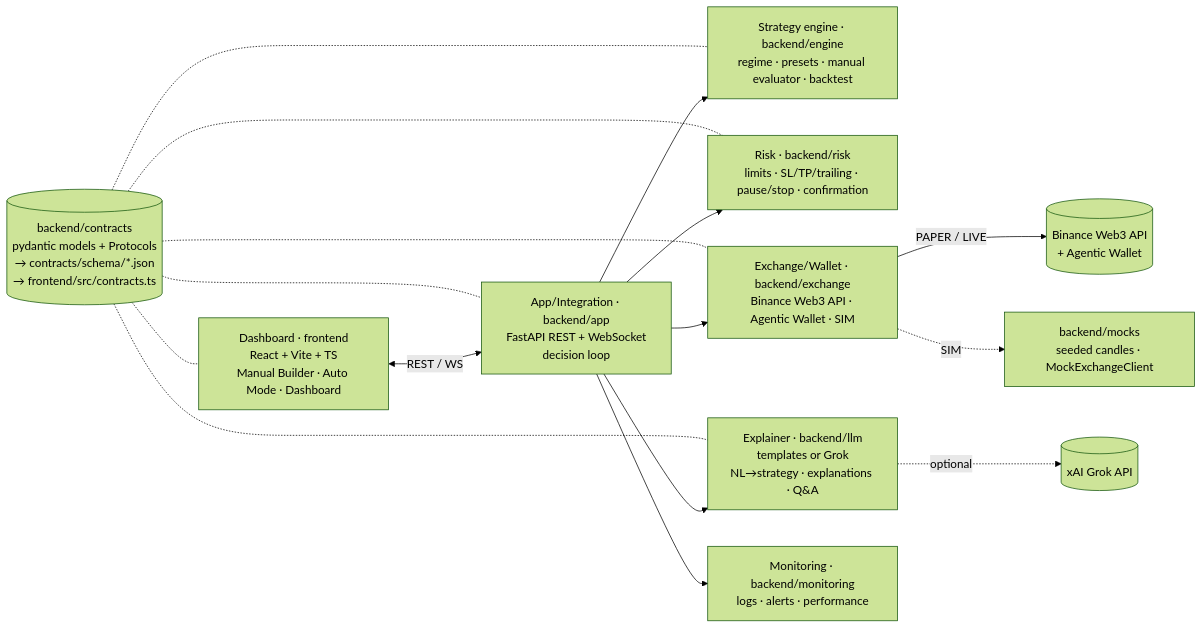
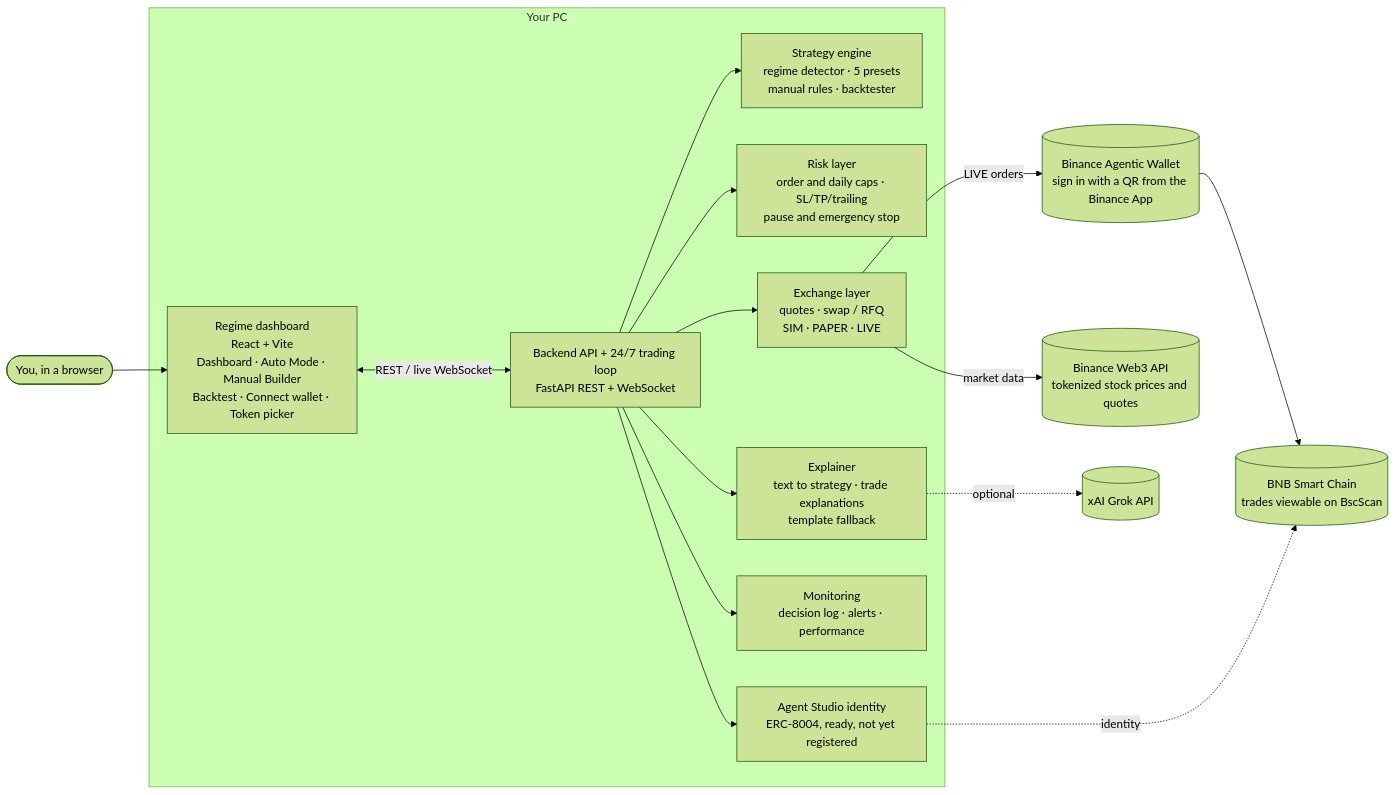
Before and after one commit to rishu4436/regime: the diagram in README.md, drawn with Mermaid (forest theme). The commit also changed other lines of this file, not shown here.

Commit message:
docs: README architecture diagram from the dashboard team (Agent Studio identity: ready, not yet registered) + loop paragraph; gallery captions

````diff
--- a/README.md
+++ b/README.md
@@ -135,25 +134,30 @@
 ```mermaid
 flowchart LR
-    UI["Dashboard · frontend<br/>React + Vite + TS<br/>Manual Builder · Auto Mode · Dashboard"]
-    APP["App/Integration · backend/app<br/>FastAPI REST + WebSocket<br/>decision loop"]
-    ENG["Strategy engine · backend/engine<br/>regime · presets · manual evaluator · backtest"]
-    RISK["Risk · backend/risk<br/>limits · SL/TP/trailing · pause/stop · confirmation"]
-    EX["Exchange/Wallet · backend/exchange<br/>Binance Web3 API · Agentic Wallet · SIM"]
-    LLM["Explainer · backend/llm<br/>templates or Grok<br/>NL→strategy · explanations · Q&A"]
-    MON["Monitoring · backend/monitoring<br/>logs · alerts · performance"]
-    C[("backend/contracts<br/>pydantic models + Protocols<br/>→ contracts/schema/*.json<br/>→ frontend/src/contracts.ts")]
-    MOCK["backend/mocks<br/>seeded candles · MockExchangeClient"]
-    BN[("Binance Web3 API<br/>+ Agentic Wallet")]
+    U(["You, in a browser"]) --> UI
+    subgraph PC["Your PC"]
+        UI["Regime dashboard<br/>React + Vite<br/>Dashboard · Auto Mode · Manual Builder<br/>Backtest · Connect wallet · Token picker"]
+        APP["Backend API + 24/7 trading loop<br/>FastAPI REST + WebSocket"]
+        ENG["Strategy engine<br/>regime detector · 5 presets<br/>manual rules · backtester"]
+        RISK["Risk layer<br/>order and daily caps · SL/TP/trailing<br/>pause and emergency stop"]
+        EX["Exchange layer<br/>quotes · swap / RFQ<br/>SIM · PAPER · LIVE"]
+        LLM["Explainer<br/>text to strategy · trade explanations<br/>template fallback"]
+        MON["Monitoring<br/>decision log · alerts · performance"]
+        AS["Agent Studio identity<br/>ERC-8004, ready, not yet registered"]
+    end
+    BAW[("Binance Agentic Wallet<br/>sign in with a QR from the Binance App")]
+    BN[("Binance Web3 API<br/>tokenized stock prices and quotes")]
+    BSC[("BNB Smart Chain<br/>trades viewable on BscScan")]
     GROK[("xAI Grok API")]
-
-    UI <-->|REST / WS| APP
+    UI <-->|REST / live WebSocket| APP
     APP --> ENG
     APP --> RISK
     APP --> EX
     APP --> LLM
     APP --> MON
-    EX -->|PAPER / LIVE| BN
-    EX -.->|SIM| MOCK
+    APP --> AS
+    EX -->|LIVE orders| BAW
+    EX -->|market data| BN
+    BAW --> BSC
+    AS -.->|identity| BSC
     LLM -.->|optional| GROK
-    C -.- UI & APP & ENG & RISK & EX & LLM
 ```
````
